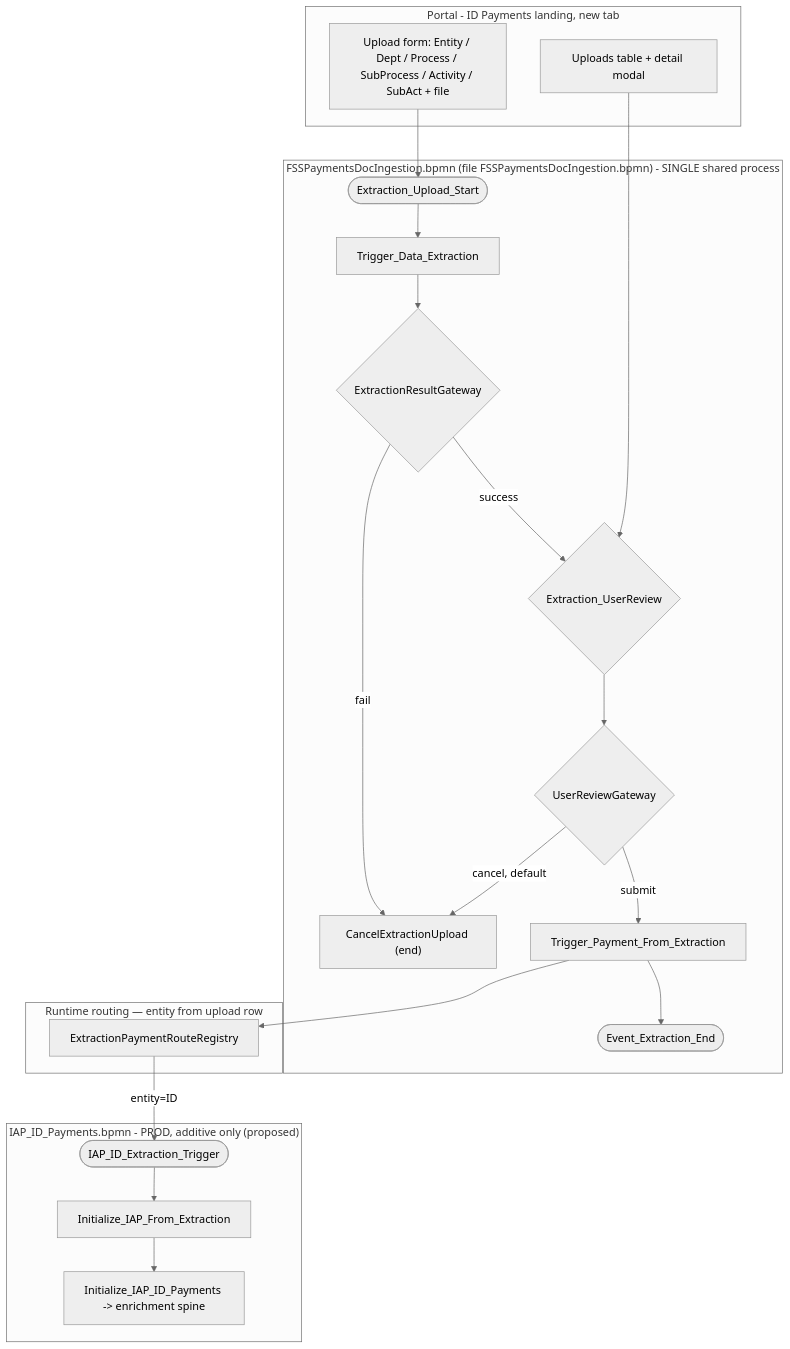
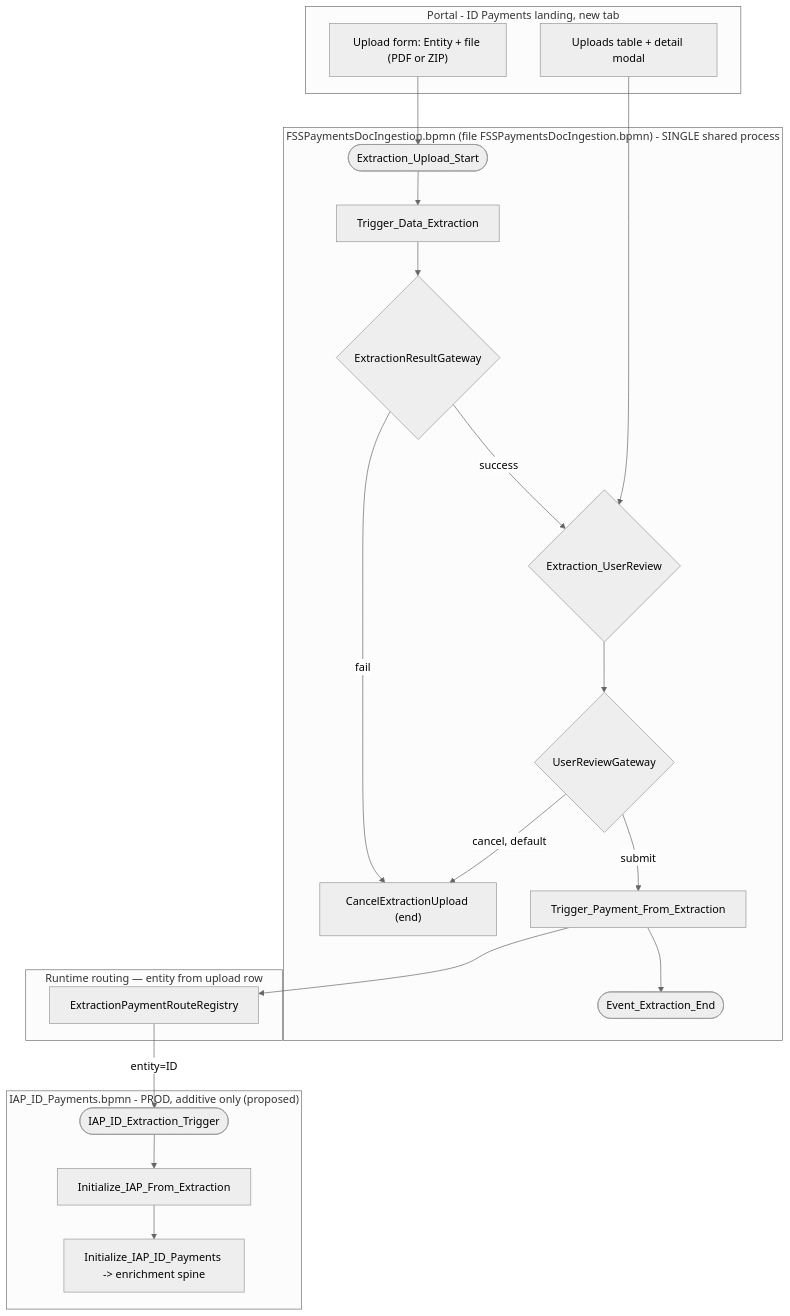
Before and after one commit to suresh0731/payment: the first of 7 diagrams in final/IDP_LLD.md, drawn with Mermaid (neutral theme). The commit also changed other lines of this file and 5 other files, not shown here.

````diff
--- a/final/IDP_LLD.md
+++ b/final/IDP_LLD.md
@@ -50,33 +50,33 @@
 ```mermaid
 flowchart TB
   subgraph UI["Portal - ID Payments landing, new tab"]
-    UP["Upload form: Entity / Dept / Process / SubProcess / Activity / SubAct + file"]
+    UP["Upload form: Entity + file (PDF or ZIP)"]
     TBL["Uploads table + detail modal"]
   end
 
   subgraph COMMON["FSSPaymentsDocIngestion.bpmn (file FSSPaymentsDocIngestion.bpmn) - SINGLE shared process"]
     START(["Extraction_Upload_Start"]) --> EXTRACT["Trigger_Data_Extraction"]
     EXTRACT --> GW1{"ExtractionResultGateway"}
     GW1 -->|fail| CANCEL["CancelExtractionUpload (end)"]
     GW1 -->|success| UR{"Extraction_UserReview"}
     UR --> GW0{"UserReviewGateway"}
     GW0 -->|cancel, default| CANCEL
     GW0 -->|submit| TRIGGER["Trigger_Payment_From_Extraction"]
     TRIGGER --> END_EXT(["Event_Extraction_End"])
   end
 
   subgraph ROUTE["Runtime routing — entity from upload row"]
     REG["ExtractionPaymentRouteRegistry"]
   end
   
   subgraph ID_PAY["IAP_ID_Payments.bpmn - PROD, additive only (proposed)"]
     ID_START(["IAP_ID_Extraction_Trigger"]) --> ID_INIT["Initialize_IAP_From_Extraction"]
     ID_INIT --> ID_ENR["Initialize_IAP_ID_Payments -> enrichment spine"]
   end
 
   UP --> START
   TRIGGER --> REG
   REG -->|"entity=ID"| ID_START
   TBL --> UR
 
 ```
````
